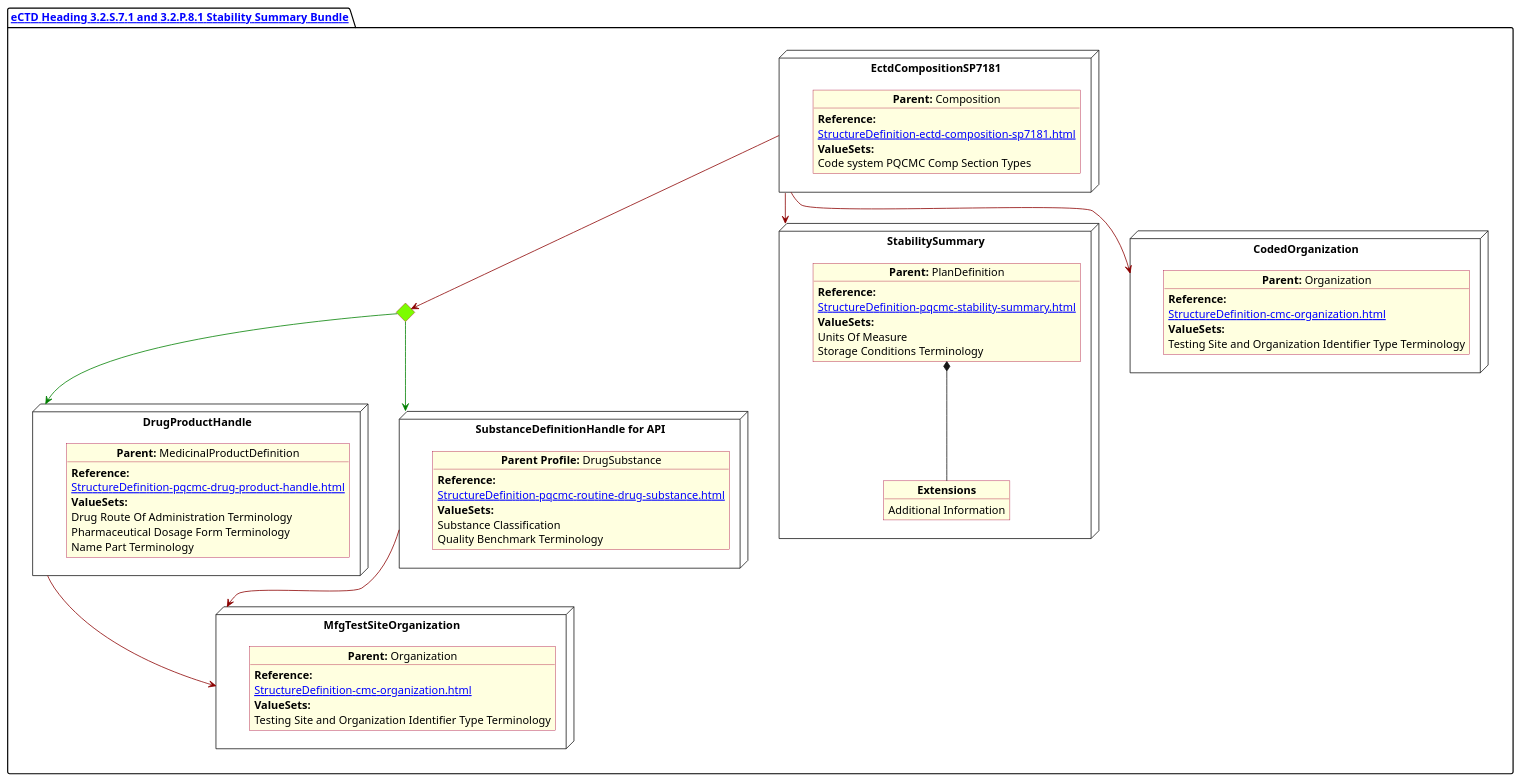
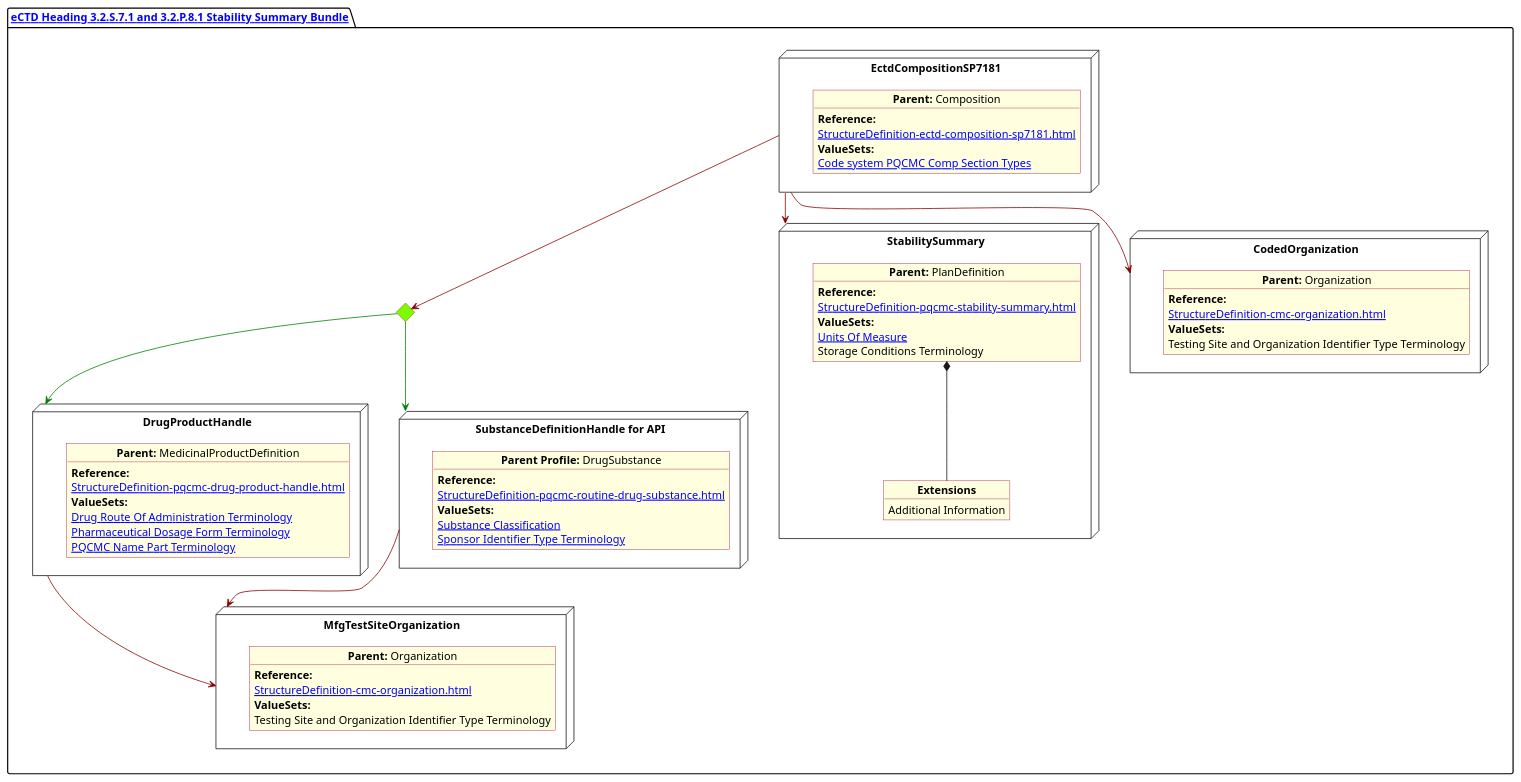
The diagram in input/images-source/StabilitySummary.plantuml (HL7/FHIR-us-pq-cmc-fda), drawn with PlantUML before and after one commit. The commit also changed 27 other files, not shown here.

Commit message:
PlantUml updates Misc commnet updates

```diff
--- a/input/images-source/StabilitySummary.plantuml
+++ b/input/images-source/StabilitySummary.plantuml
@@ -1,93 +1,93 @@
 @startuml StabilitySummary
 allowmixing
 'Mixed model of use case and object
 skinparam svgDimensionStyle false
 skinparam ObjectBackgroundColor LightYellow
 skinparam ObjectBorderColor #A80036
 skinparam activityDiamondBorderColor #A80036
 skinparam activityDiamondBackgroundColor lawnGreen
 skinparam ClassBorderThickness 4
 
 package "[[StructureDefinition-cmc-ectd-document-sp7181.html eCTD Heading 3.2.S.7.1 and 3.2.P.8.1 Stability Summary Bundle]]" as NODES {
 
       node "DrugProductHandle" as NN {
 
             object "**Parent:** MedicinalProductDefinition" as obj3 {
                   **Reference:**
                   [[StructureDefinition-pqcmc-drug-product-handle.html]]
                   **ValueSets:**
-                  Drug Route Of Administration Terminology
-                  Pharmaceutical Dosage Form Terminology
-                  Name Part Terminology
+                  [[ValueSet-spl-drug-route-of-administration-terminology.html Drug Route Of Administration Terminology]]
+                  [[ValueSet-spl-pharmaceutical-dosage-form-terminology.html Pharmaceutical Dosage Form Terminology]]
+                  [[ValueSet-pqcmc-name-part-terminology.html PQCMC Name Part Terminology]]
             }
       }
       diamond CH
 
       node "SubstanceDefinitionHandle for API" as NNS {
 
             object "**Parent Profile:** DrugSubstance" as obj4 {
                   **Reference:**
                   [[StructureDefinition-pqcmc-routine-drug-substance.html]]
                   **ValueSets:**
-                  Substance Classification
-                  Quality Benchmark Terminology
+                  [[ValueSet-substance-classification.html Substance Classification]]
+                  [[ValueSet-pqcmc-org-identifier-type-terminology.html Sponsor Identifier Type Terminology]]
             }
       }
 
       node "MfgTestSiteOrganization" as NMFG {
 
             object "**Parent:** Organization" as objDP {
                   **Reference:**
                   [[StructureDefinition-cmc-organization.html]]
                   **ValueSets:**
                   Testing Site and Organization Identifier Type Terminology
             }
       }
 
       node "StabilitySummary" as NMain {
 
             object "**Parent:** PlanDefinition" as objMain {
                   **Reference:**
                   [[StructureDefinition-pqcmc-stability-summary.html]]
                   **ValueSets:**
-                  Units Of Measure
+                  [[ValueSet-pqcmc-units-of-measure.html Units Of Measure]]
                   Storage Conditions Terminology
             }
 
             object "**Extensions**" as objExs2 {
                   Additional Information
             }
 
             objMain *-- objExs2
       }
 
       node "EctdCompositionSP7181" as N1 {
 
             object "**Parent:** Composition" as obj1 {
                   **Reference:**
                   [[StructureDefinition-ectd-composition-sp7181.html]]
                   **ValueSets:**
-                  Code system PQCMC Comp Section Types
+                  [[ValueSet-cmc-comp-section-types-vs.html Code system PQCMC Comp Section Types]]
             }
       }
       node "CodedOrganization" as NSO {
 
             object "**Parent:** Organization" as objAu {
                   **Reference:**
                   [[StructureDefinition-cmc-organization.html]]
                   **ValueSets:**
                   Testing Site and Organization Identifier Type Terminology
             }
       }
 
       CH -[#green]-> NN
       CH -[#green]-> NNS
       N1 -[#darkred]-> CH
       N1 -[#darkred]-> NSO
       NN -[#darkred]-> NMFG
       NNS -[#darkred]-> NMFG
       N1 -[#darkred]-> NMain
 
 
 }
 @enduml
```
